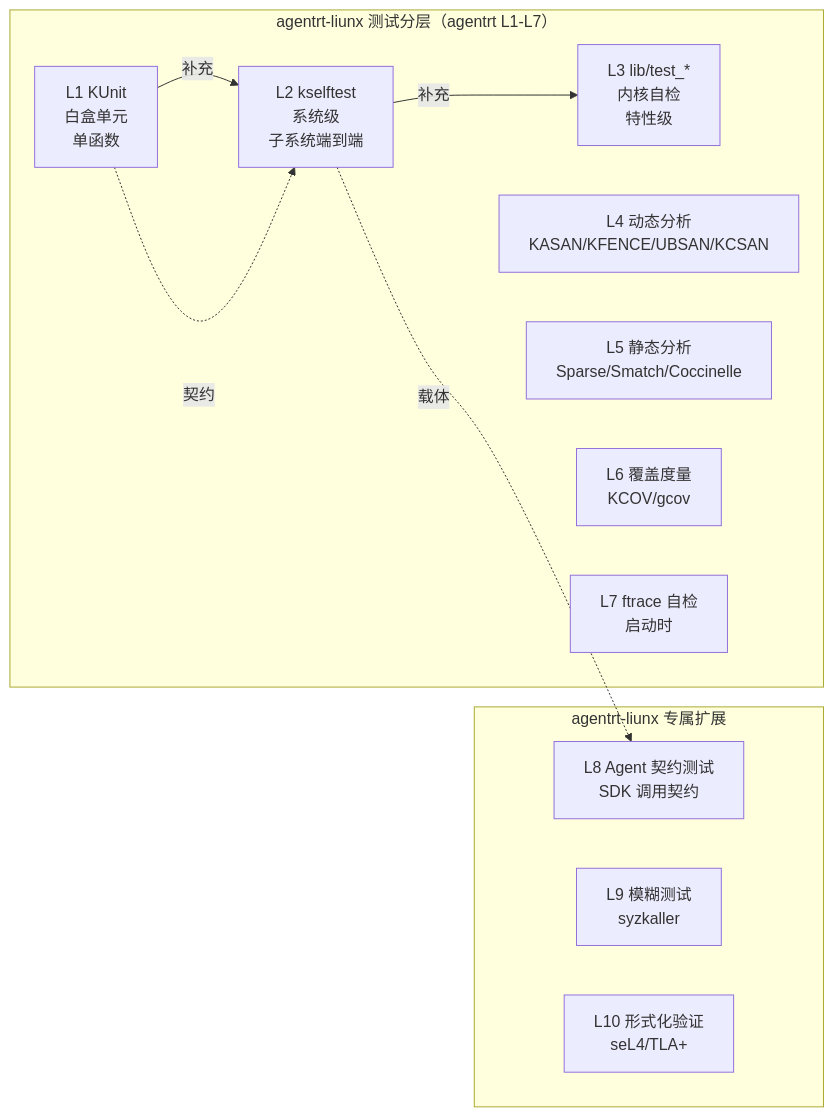
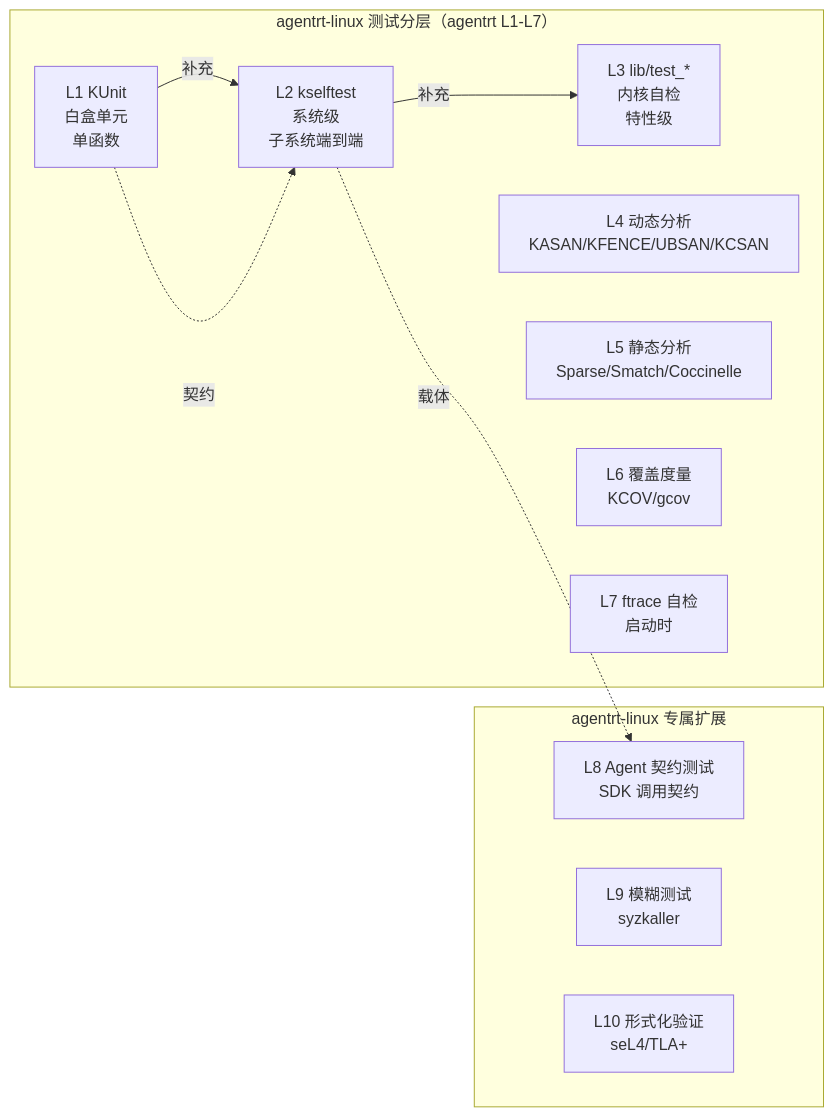
Before and after one commit to openairymax/docs-linux: the second of 2 diagrams in 80-testing/02-kselftest.md, drawn with Mermaid. The commit also changed other lines of this file and 125 other files, not shown here.

````diff
--- a/80-testing/02-kselftest.md
+++ b/80-testing/02-kselftest.md
@@ -188,21 +188,21 @@
 ```mermaid
 flowchart LR
-    subgraph "agentrt-liunx 测试分层（agentrt L1-L7）"
+    subgraph "agentrt-linux 测试分层（agentrt L1-L7）"
         L1["L1 KUnit<br/>白盒单元<br/>单函数"]
         L2["L2 kselftest<br/>系统级<br/>子系统端到端"]
         L3["L3 lib/test_*<br/>内核自检<br/>特性级"]
         L4["L4 动态分析<br/>KASAN/KFENCE/UBSAN/KCSAN"]
         L5["L5 静态分析<br/>Sparse/Smatch/Coccinelle"]
         L6["L6 覆盖度量<br/>KCOV/gcov"]
         L7["L7 ftrace 自检<br/>启动时"]
     end
     L1 -->|补充| L2
     L2 -->|补充| L3
     L1 -.->|契约| L2
-    subgraph "agentrt-liunx 专属扩展"
+    subgraph "agentrt-linux 专属扩展"
         L8["L8 Agent 契约测试<br/>SDK 调用契约"]
         L9["L9 模糊测试<br/>syzkaller"]
         L10["L10 形式化验证<br/>seL4/TLA+"]
     end
     L2 -.->|载体| L8
 ```
````
